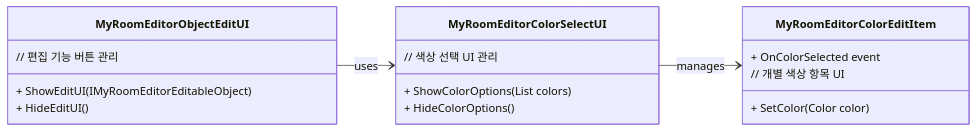
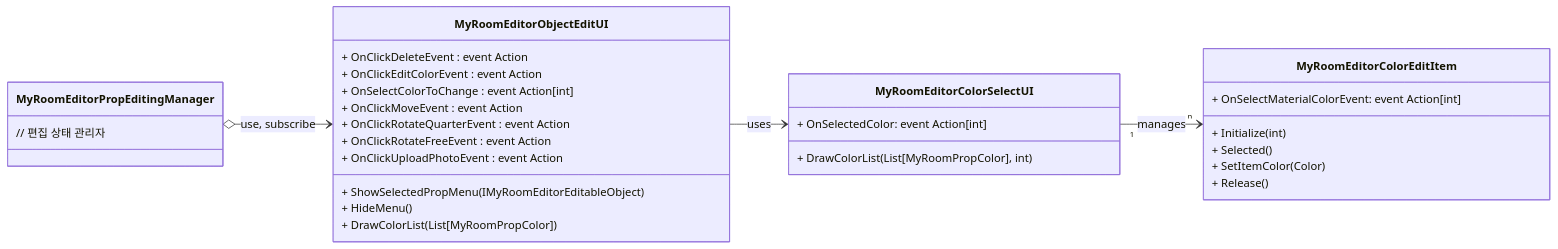
The seventh of 7 diagrams in content/docs/Projects/Rfice/HousingSystem/Overview.md (CosmicGiantKoala/CosmicGiantKoala.github.io), drawn with Mermaid before and after one commit. The commit also changed other lines of this file, not shown here.

Commit message:
MyRoomEditor UML 다이어그램 업데이트

````diff
--- a/content/docs/Projects/Rfice/HousingSystem/Overview.md
+++ b/content/docs/Projects/Rfice/HousingSystem/Overview.md
@@ -504,25 +599,39 @@
 ```mermaid
 classDiagram
     direction LR
 
     class MyRoomEditorObjectEditUI {
-        + ShowEditUI(IMyRoomEditorEditableObject)
-        + HideEditUI()
-        // 편집 기능 버튼 관리
+        + OnClickDeleteEvent : event Action
+        + OnClickEditColorEvent : event Action
+        + OnSelectColorToChange : event Action[int]
+        + OnClickMoveEvent : event Action
+        + OnClickRotateQuarterEvent : event Action
+        + OnClickRotateFreeEvent : event Action
+        + OnClickUploadPhotoEvent : event Action
+        + ShowSelectedPropMenu(IMyRoomEditorEditableObject)
+        + HideMenu()
+        + DrawColorList(List[MyRoomPropColor])
     }
 
     class MyRoomEditorColorSelectUI {
-        + ShowColorOptions(List<Color> colors)
-        + HideColorOptions()
-        // 색상 선택 UI 관리
+        + OnSelectedColor: event Action[int]
+        + DrawColorList(List[MyRoomPropColor], int)
+        
     }
 
     class MyRoomEditorColorEditItem {
-        + SetColor(Color color)
-        + OnColorSelected event
-        // 개별 색상 항목 UI
+        + OnSelectMaterialColorEvent: event Action[int]
+        + Initialize(int)
+        + Selected()
+        + SetItemColor(Color)
+        + Release()
+    }
+
+    class MyRoomEditorPropEditingManager {
+        // 편집 상태 관리자
     }
 
     MyRoomEditorObjectEditUI --> MyRoomEditorColorSelectUI : uses
-    MyRoomEditorColorSelectUI --> MyRoomEditorColorEditItem : manages
+    MyRoomEditorColorSelectUI "1" --> "n" MyRoomEditorColorEditItem : manages
+    MyRoomEditorPropEditingManager o--> MyRoomEditorObjectEditUI : use, subscribe
 ```
````
